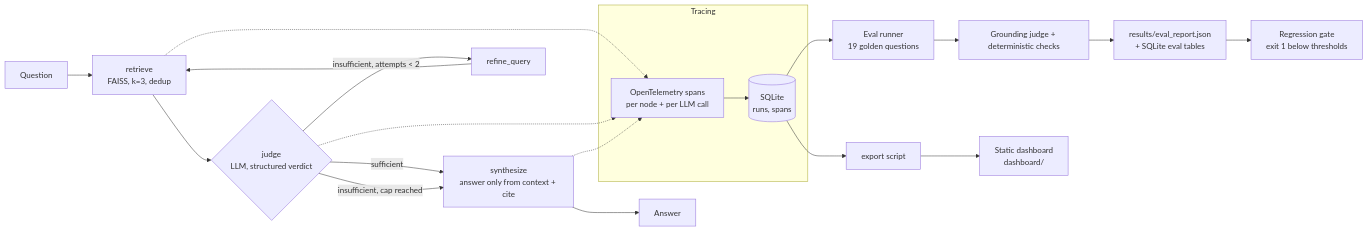
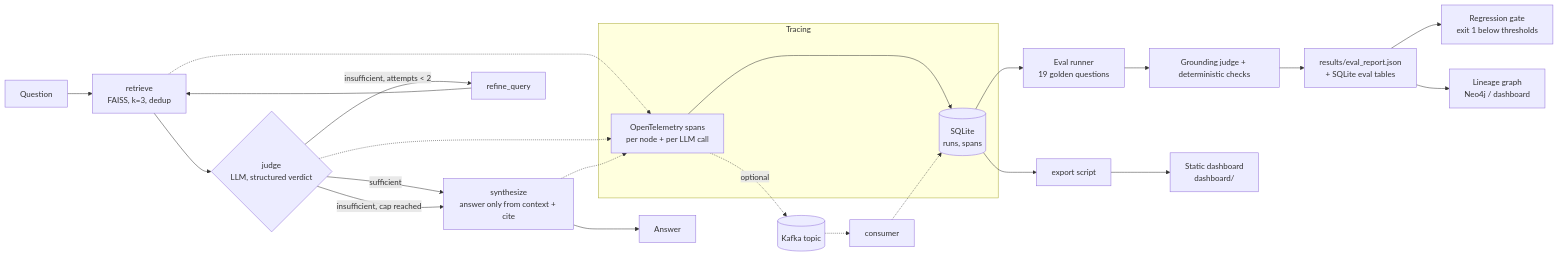
Before and after one commit to dhanush9686/agent-control-plane: the diagram in README.md, drawn with Mermaid. The commit also changed other lines of this file and 10 other files, not shown here.

````diff
--- a/README.md
+++ b/README.md
@@ -19,21 +19,23 @@
 ```mermaid
 flowchart LR
     Q[Question] --> R[retrieve<br/>FAISS, k=3, dedup]
     R --> J{judge<br/>LLM, structured verdict}
     J -- sufficient --> S[synthesize<br/>answer only from context + cite]
     J -- insufficient, attempts &lt; 2 --> F[refine_query]
     F --> R
     J -- insufficient, cap reached --> S
     S --> A[Answer]
     subgraph Tracing
       T[OpenTelemetry spans<br/>per node + per LLM call] --> DB[(SQLite<br/>runs, spans)]
     end
     R -.-> T
     J -.-> T
     S -.-> T
     DB --> E[Eval runner<br/>19 golden questions]
     E --> G[Grounding judge + deterministic checks]
     G --> REP[results/eval_report.json<br/>+ SQLite eval tables]
     REP --> GATE[Regression gate<br/>exit 1 below thresholds]
+    T -.optional.-> K[(Kafka topic)] -.-> C[consumer] -.-> DB
+    REP --> L[Lineage graph<br/>Neo4j / dashboard]
     DB --> X[export script] --> D[Static dashboard<br/>dashboard/]
 ```
````
